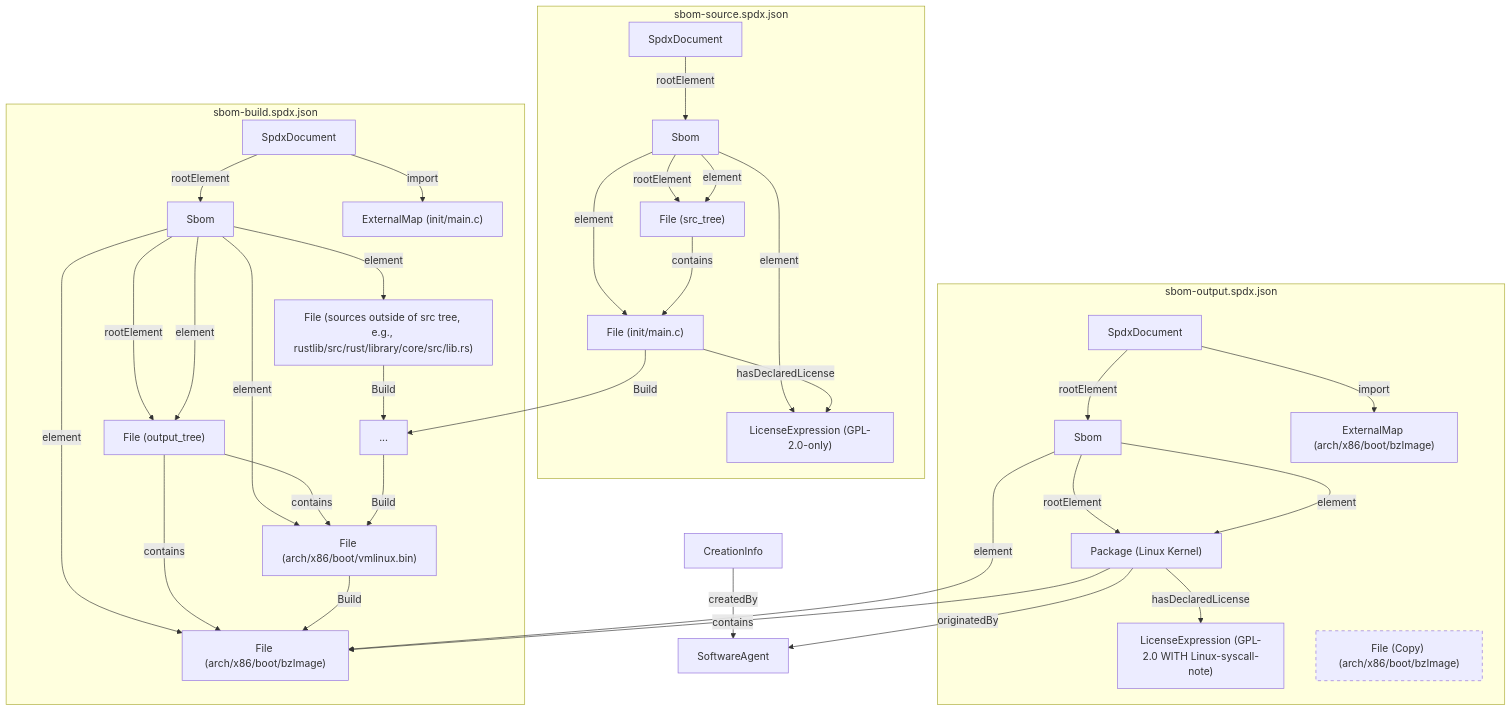
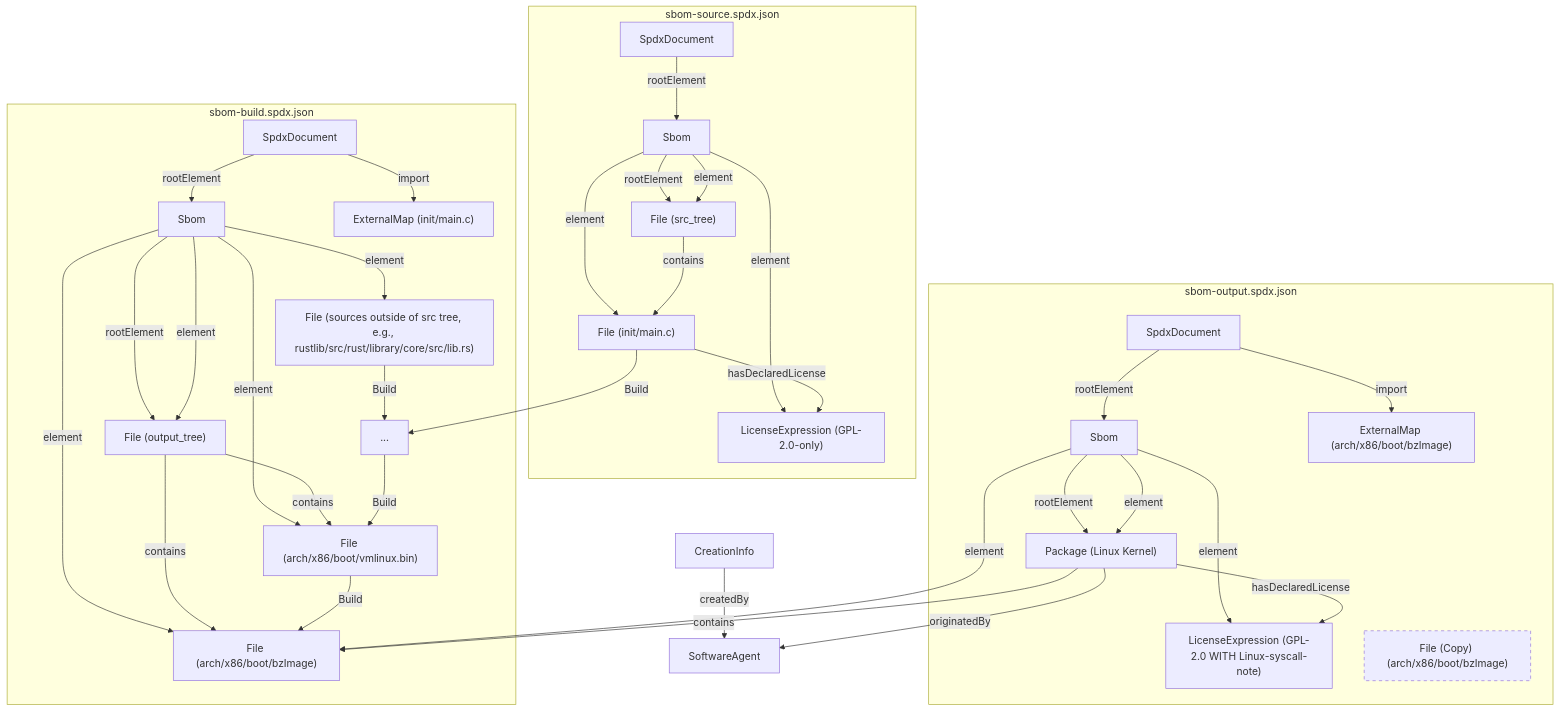
One commit to TNG/KernelSbom changed the first of 2 diagrams in README.md. Above: the diagram before and after it, drawn with Mermaid. The commit also changed other lines of this file, not shown here.

```diff
--- a/README.md
+++ b/README.md
@@ -150,6 +150,7 @@
         OUTPUT_SBOM -->|rootElement| PACKAGE
         OUTPUT_SBOM -->|element| PACKAGE
         OUTPUT_SBOM -->|element| BZIMAGE
+        OUTPUT_SBOM -->|element| PACKAGE_LICENSEEXPRESSION
 
         PACKAGE -->|contains| BZIMAGE
         PACKAGE -->|hasDeclaredLicense| PACKAGE_LICENSEEXPRESSION
```
